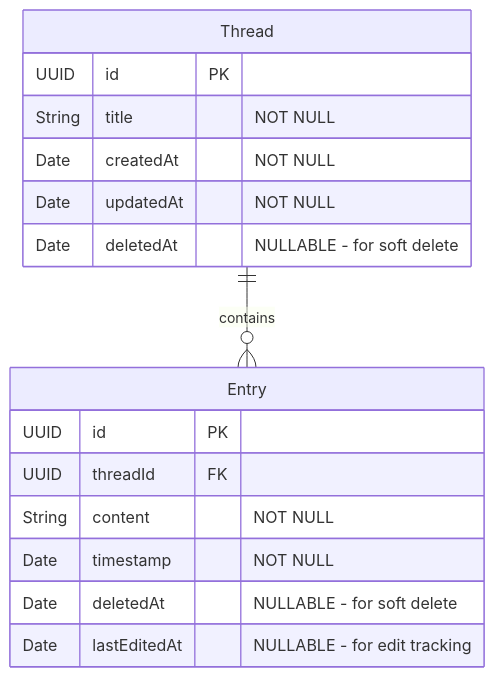
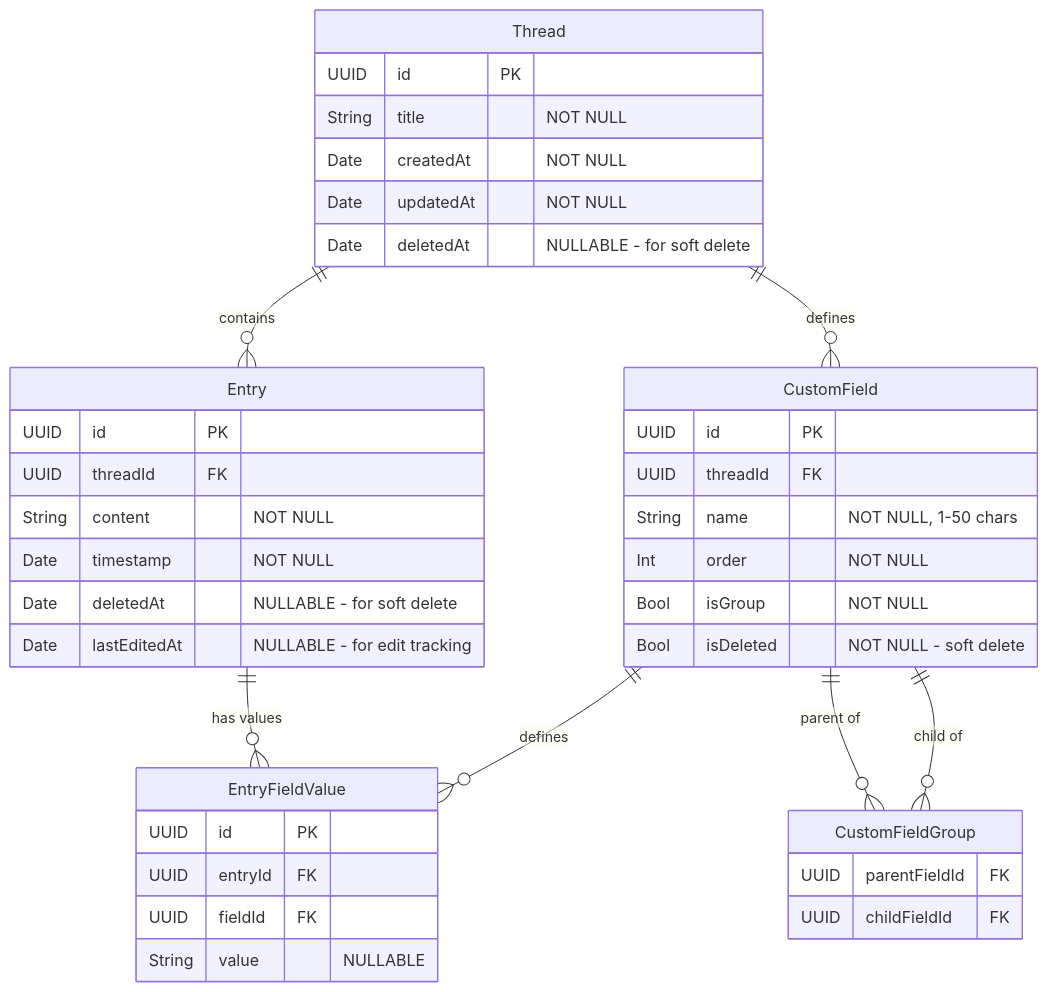
Before and after one commit to ericzhou129/ThreadJournal2: the second of 12 diagrams in Engineering/Technical-Implementation-Plan.md, drawn with Mermaid. The commit also changed other lines of this file and 2 other files, not shown here.

First line of the commit message:
feat: Custom Fields functionality prior to development

````diff
--- a/Engineering/Technical-Implementation-Plan.md
+++ b/Engineering/Technical-Implementation-Plan.md
@@ -65,21 +65,47 @@
 ```mermaid
 erDiagram
     Thread {
         UUID id PK
         String title "NOT NULL"
         Date createdAt "NOT NULL"
         Date updatedAt "NOT NULL"
         Date deletedAt "NULLABLE - for soft delete"
     }
     
     Entry {
         UUID id PK
         UUID threadId FK
         String content "NOT NULL"
         Date timestamp "NOT NULL"
         Date deletedAt "NULLABLE - for soft delete"
         Date lastEditedAt "NULLABLE - for edit tracking"
     }
     
+    CustomField {
+        UUID id PK
+        UUID threadId FK
+        String name "NOT NULL, 1-50 chars"
+        Int order "NOT NULL"
+        Bool isGroup "NOT NULL"
+        Bool isDeleted "NOT NULL - soft delete"
+    }
+    
+    CustomFieldGroup {
+        UUID parentFieldId FK
+        UUID childFieldId FK
+    }
+    
+    EntryFieldValue {
+        UUID id PK
+        UUID entryId FK
+        UUID fieldId FK
+        String value "NULLABLE"
+    }
+    
     Thread ||--o{ Entry : contains
+    Thread ||--o{ CustomField : defines
+    CustomField ||--o{ CustomFieldGroup : "parent of"
+    CustomField ||--o{ CustomFieldGroup : "child of"
+    Entry ||--o{ EntryFieldValue : "has values"
+    CustomField ||--o{ EntryFieldValue : "defines"
 ```
````
